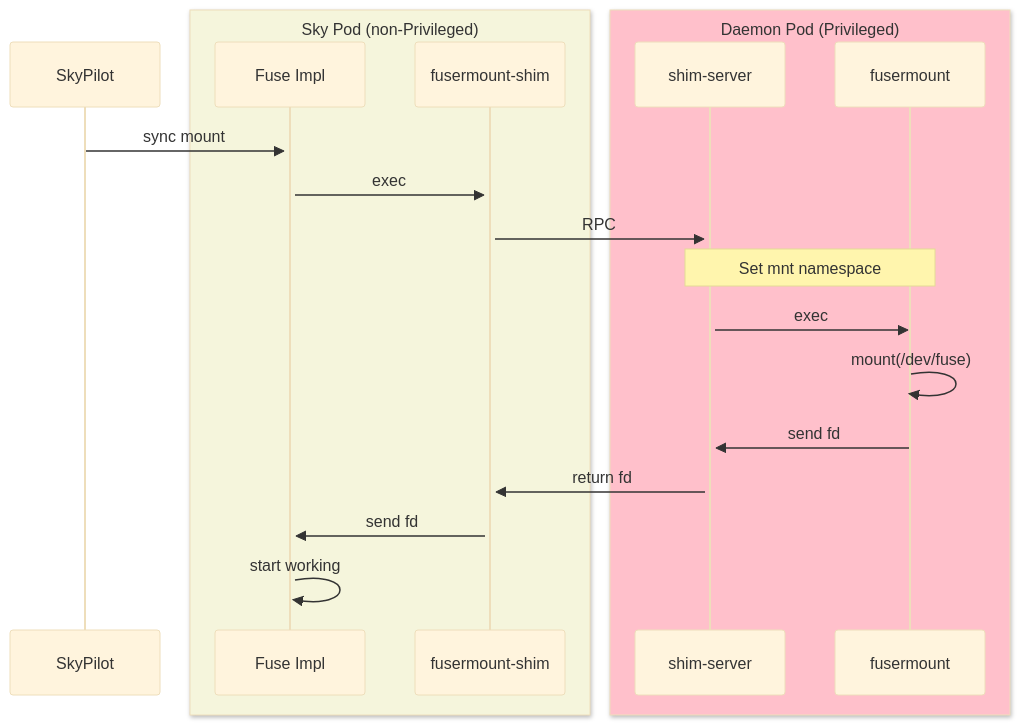
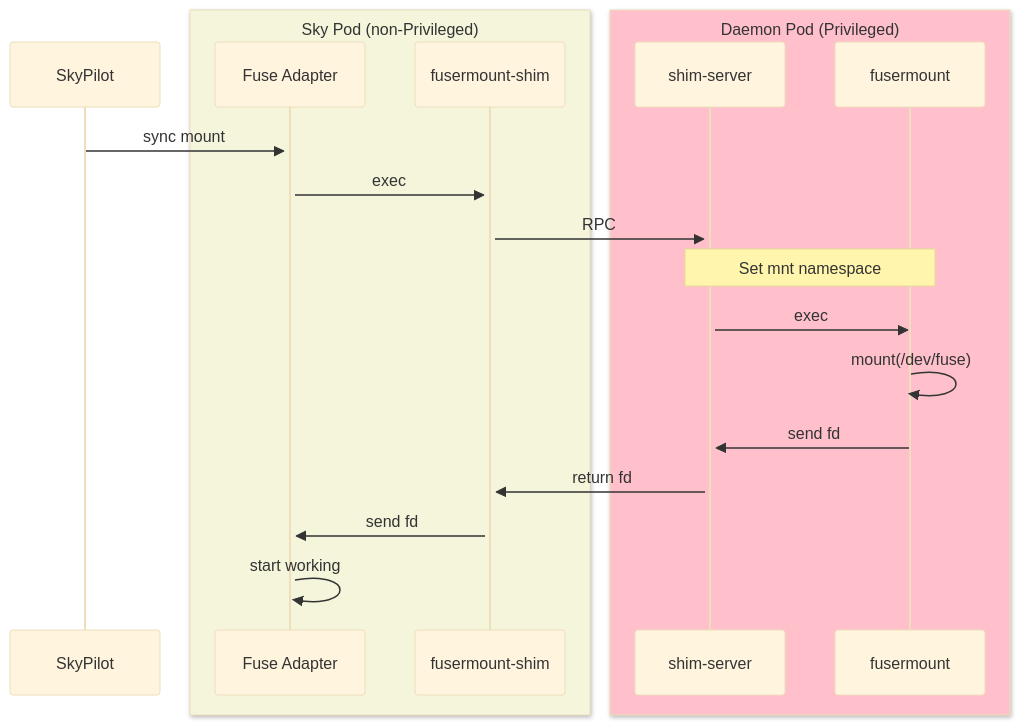
Before and after one commit to skypilot-org/skypilot: the diagram in addons/fuse-proxy/README.md, drawn with Mermaid (base theme). The commit also changed other lines of this file and 8 other files, not shown here.

````diff
--- a/addons/fuse-proxy/README.md
+++ b/addons/fuse-proxy/README.md
@@ -76,21 +78,21 @@
 ```mermaid
 sequenceDiagram
-    SkyPilot->>+Fuse Impl: sync mount
+    SkyPilot->>+Fuse Adapter: sync mount
     box beige Sky Pod (non-Privileged)
-    participant Fuse Impl
+    participant Fuse Adapter
     participant fusermount-shim
     end
-    Fuse Impl->>+fusermount-shim: exec
+    Fuse Adapter->>+fusermount-shim: exec
     fusermount-shim->>+shim-server: RPC
     box pink Daemon Pod (Privileged)
     participant shim-server
     participant fusermount
     end
     Note over shim-server,fusermount: Set mnt namespace
     shim-server->>fusermount: exec
     fusermount->>fusermount: mount(/dev/fuse)
     fusermount->>shim-server: send fd
     shim-server->>fusermount-shim: return fd
-    fusermount-shim->>Fuse Impl: send fd
-    Fuse Impl->>Fuse Impl: start working
+    fusermount-shim->>Fuse Adapter: send fd
+    Fuse Adapter->>Fuse Adapter: start working
 ```
````
